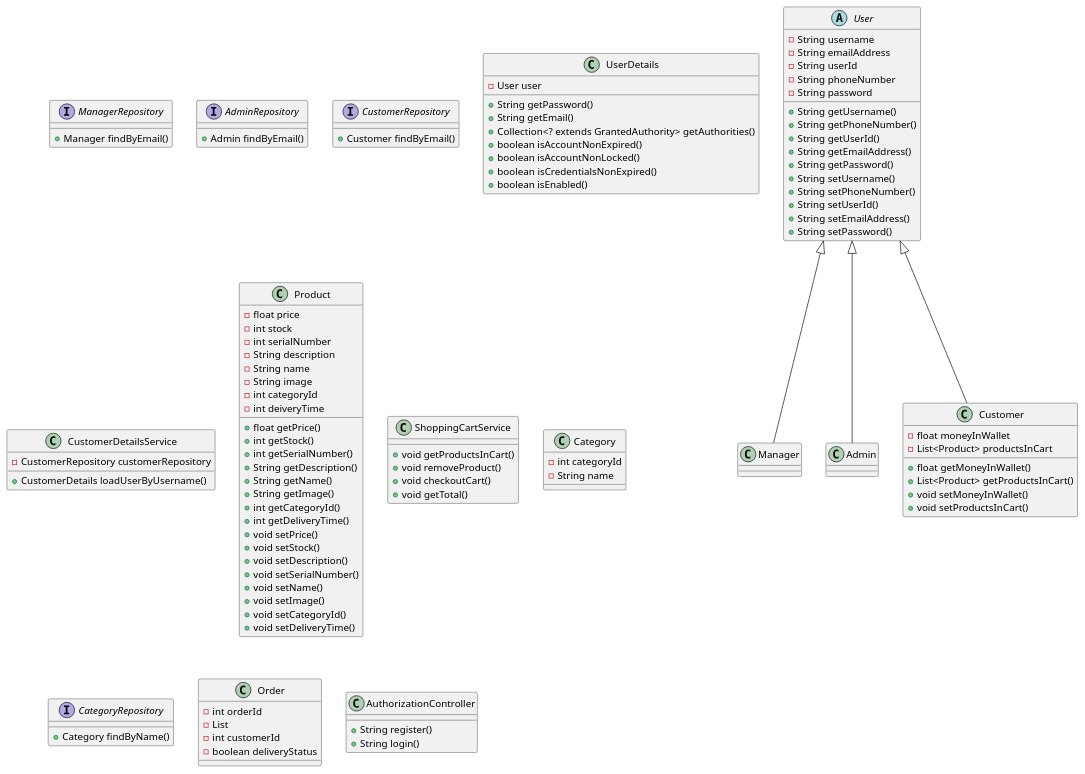
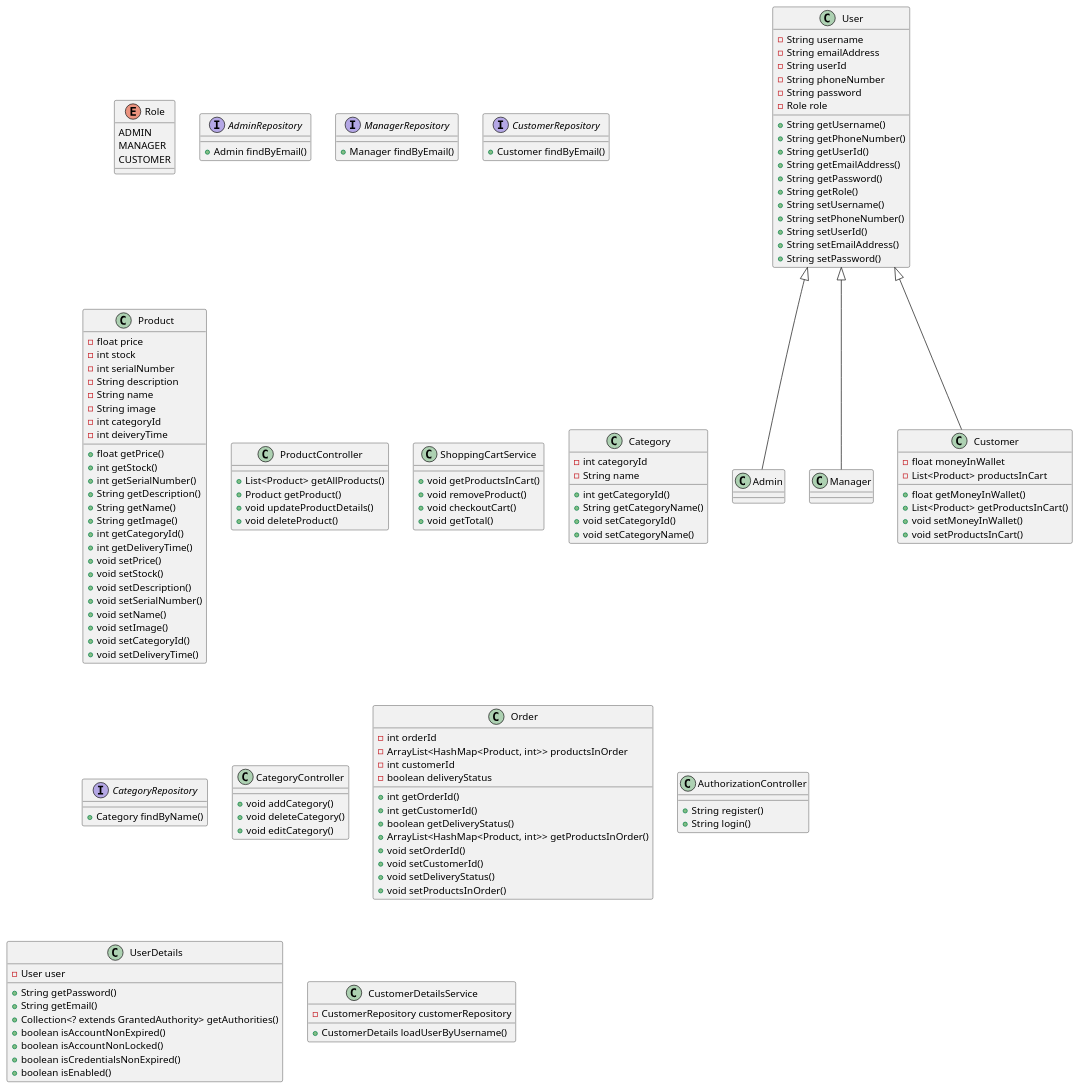
The diagram in docs/diagrams/src/Backend.wsd (pnicto/CSF213-Mini-Project), drawn with PlantUML before and after one commit.

Commit message:
Add category controller and organize

```diff
--- a/docs/diagrams/src/Backend.wsd
+++ b/docs/diagrams/src/Backend.wsd
@@ -1,165 +1,198 @@
 @startuml Backend
 
 ' !theme mars from https://raw.githubusercontent.com/plantuml/plantuml/master/themes
 
 ' TODO:All the controllers
 
+enum Role{
+ ADMIN
+ MANAGER
+ CUSTOMER
+}
+
 ' This is not gonna be a table
-abstract class User {
+' Now probably it is a table
+class User {
   -String username
   -String emailAddress
   -String userId
   -String phoneNumber
   -String password
-
+  -Role role
   +String getUsername()
   +String getPhoneNumber()
   +String getUserId()
   +String getEmailAddress()
   +String getPassword()
+  +String getRole()
   +String setUsername()
   +String setPhoneNumber()
   +String setUserId()
   +String setEmailAddress()
   +String setPassword()
 }
 
+' TODO:Same as manager what do?
+class Admin Extends User{
+  ' +void addManager()
+  ' +void deleteManager()
+}
 ' Need to check this
 ' For now this is a table too
 ' TODO:What do with the methods?
 class Manager Extends User{
   ' +void addItems()
   ' +void removeItems()
   ' +void generateReports()
 }
 
-interface ManagerRepository{
-  +Manager findByEmail()
-}
-
-' TODO:Same as manager what do?
-class Admin Extends User{
-  ' +void addManager()
-  ' +void deleteManager()
-}
-
-interface AdminRepository {
-  +Admin findByEmail()
-}
 
 ' Need to check this
 class Customer Extends User{
   -float moneyInWallet
   -List<Product> productsInCart
 
   +float getMoneyInWallet()
   +List<Product> getProductsInCart()
   +void setMoneyInWallet()
   +void setProductsInCart()
 }
 
 ' This extends JPA repository
+interface AdminRepository {
+  +Admin findByEmail()
+}
+
+interface ManagerRepository{
+  +Manager findByEmail()
+}
+
 interface CustomerRepository{
 	+Customer findByEmail()
-}
-
-' This extends "UserDetails" from spring security
-' TODO:Login shite
-class UserDetails {
-  -User user
-	+String getPassword()
-	+String getEmail()
-	+Collection<? extends GrantedAuthority> getAuthorities()
-	+boolean isAccountNonExpired()
-	+boolean isAccountNonLocked()
-	+boolean isCredentialsNonExpired()
-	+boolean isEnabled()
-}
-
-class CustomerDetailsService{
-	-CustomerRepository customerRepository
-	+CustomerDetails loadUserByUsername()
 }
 
 class Product{
   -float price
   -int stock
   -int serialNumber
   -String description
   -String name
   -String image
   -int categoryId
   -int deiveryTime
 
   +float getPrice()
   +int getStock()
   +int getSerialNumber()
   +String getDescription()
   +String getName()
   +String getImage()
   +int getCategoryId()
   +int getDeliveryTime()
   +void setPrice()
   +void setStock()
   +void setDescription()
   +void setSerialNumber()
   +void setName()
   +void setImage()
   +void setCategoryId()
   +void setDeliveryTime()
+}
+
+class ProductController{
+  +List<Product> getAllProducts()
+  +Product getProduct()
+  +void updateProductDetails()
+  +void deleteProduct()
 }
 
 ' class Order{
 '   -Product[] products
 '   -String dateOfPlaced
 '   -String dateOfArrival
 '   +String getDateOfPlaced()
 '   +String getDateOfArrival()
 '   +void getProducts()
 '   +void setProducts()
 '   +void setDateOfPlaced()
 '   +void setDateOfArrival()
 ' }
 
 ' Customer o-- Product
 ' Product o-- Order
 
 ' Shopping cart
 ' TODO:Make a cart class and add products here
 class ShoppingCartService{
 
   ' +void addProduct()
   +void getProductsInCart()
   +void removeProduct()
   +void checkoutCart()
   +void getTotal()
 }
 
 ' Category
 ' This is is gonna be a table too
 class Category{
   -int categoryId
   -String name
+  +int getCategoryId()
+  +String getCategoryName()
+  +void setCategoryId()
+  +void setCategoryName()
 }
 
 interface CategoryRepository{
   +Category findByName()
 }
 
+class CategoryController{
+  +void addCategory()
+  +void deleteCategory()
+  +void editCategory()
+}
+
 ' TODO:Order class
 ' Order
 class Order{
   -int orderId
-  ' List of maps with product and quantity
-  -List
+  -ArrayList<HashMap<Product, int>> productsInOrder
   -int customerId
   -boolean deliveryStatus
   ' Make a method to calculate the max for delivery time
+  +int getOrderId()
+  +int getCustomerId()
+  +boolean getDeliveryStatus()
+  +ArrayList<HashMap<Product, int>> getProductsInOrder()
+  +void setOrderId()
+  +void setCustomerId()
+  +void setDeliveryStatus()
+  +void setProductsInOrder()
 }
 
 ' TODO:Auth class
 class AuthorizationController{
   +String register()
   +String login()
 }
+
+' This extends "UserDetails" from spring security
+' TODO:Login shite
+class UserDetails {
+  -User user
+	+String getPassword()
+	+String getEmail()
+	+Collection<? extends GrantedAuthority> getAuthorities()
+	+boolean isAccountNonExpired()
+	+boolean isAccountNonLocked()
+	+boolean isCredentialsNonExpired()
+	+boolean isEnabled()
+}
+
+class CustomerDetailsService{
+	-CustomerRepository customerRepository
+	+CustomerDetails loadUserByUsername()
+}
+
 @enduml
```
